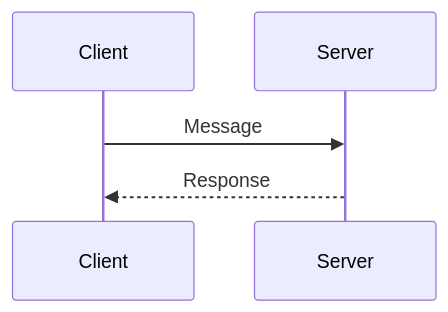
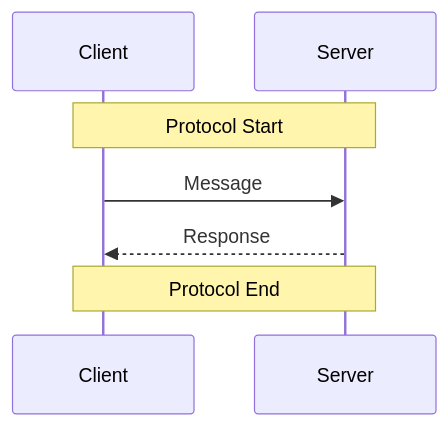
Before and after one commit to dikini/besedarium: the first of 3 diagrams in README.md, drawn with Mermaid. The commit also changed other lines of this file and 12 other files, not shown here.

````diff
--- a/README.md
+++ b/README.md
@@ -68,7 +78,10 @@
 ```mermaid
 sequenceDiagram
     participant Client
     participant Server
+    
+    note over Client,Server: Protocol Start
     Client->>Server: Message
     Server-->>Client: Response
+    note over Client,Server: Protocol End
 ```
````
